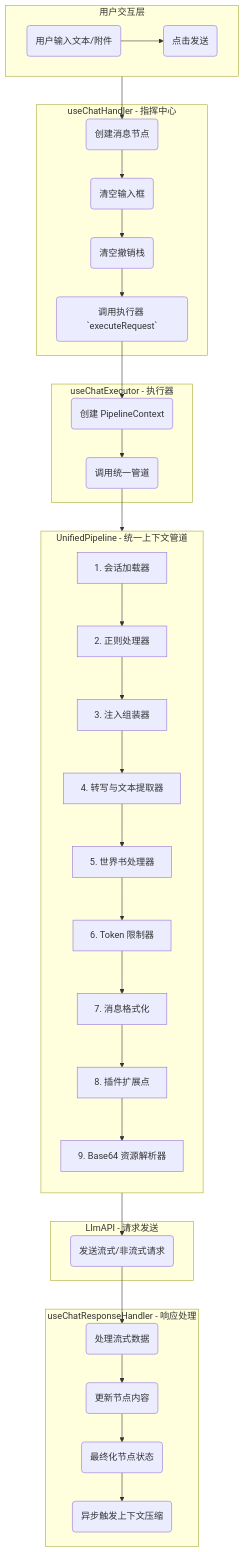
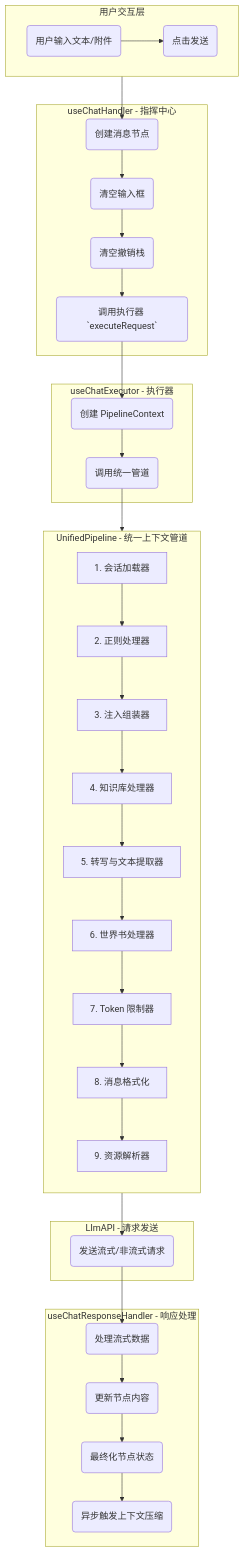
One commit to miaotouy/aio-hub changed the second of 2 diagrams in src/tools/llm-chat/ARCHITECTURE.md. Above: the diagram before and after it, drawn with Mermaid. The commit also changed other lines of this file, not shown here.

````diff
--- a/src/tools/llm-chat/ARCHITECTURE.md
+++ b/src/tools/llm-chat/ARCHITECTURE.md
@@ -501,48 +531,48 @@
 ```mermaid
 graph TD
     subgraph A [用户交互层]
         direction LR
         A1(用户输入文本/附件) --> A2(点击发送)
     end
 
     subgraph B [useChatHandler - 指挥中心]
         B1(创建消息节点) --> B2(清空输入框)
         B2 --> B3(清空撤销栈)
         B3 --> B4(调用执行器 `executeRequest`)
     end
 
     subgraph C [useChatExecutor - 执行器]
         C1(创建 PipelineContext) --> C2(调用统一管道)
     end
 
     subgraph D [UnifiedPipeline - 统一上下文管道]
         direction TB
         D1[1. 会话加载器]
         D2[2. 正则处理器]
         D3[3. 注入组装器]
-        D4[4. 转写与文本提取器]
-        D5[5. 世界书处理器]
-        D6[6. Token 限制器]
-        D7[7. 消息格式化]
-        D8[8. 插件扩展点]
-        D9[9. Base64 资源解析器]
+        D4[4. 知识库处理器]
+        D5[5. 转写与文本提取器]
+        D6[6. 世界书处理器]
+        D7[7. Token 限制器]
+        D8[8. 消息格式化]
+        D9[9. 资源解析器]
 
         D1 --> D2 --> D3 --> D4 --> D5 --> D6 --> D7 --> D8 --> D9
     end
 
     subgraph E [LlmAPI - 请求发送]
         E1(发送流式/非流式请求)
     end
 
     subgraph F [useChatResponseHandler - 响应处理]
         F1(处理流式数据) --> F2(更新节点内容)
         F2 --> F3(最终化节点状态)
         F3 --> F4(异步触发上下文压缩)
     end
 
     A2 --> B1
     B4 --> C1
     C2 --> D
     D8 --> E1
     E1 --> F1
 ```
````
